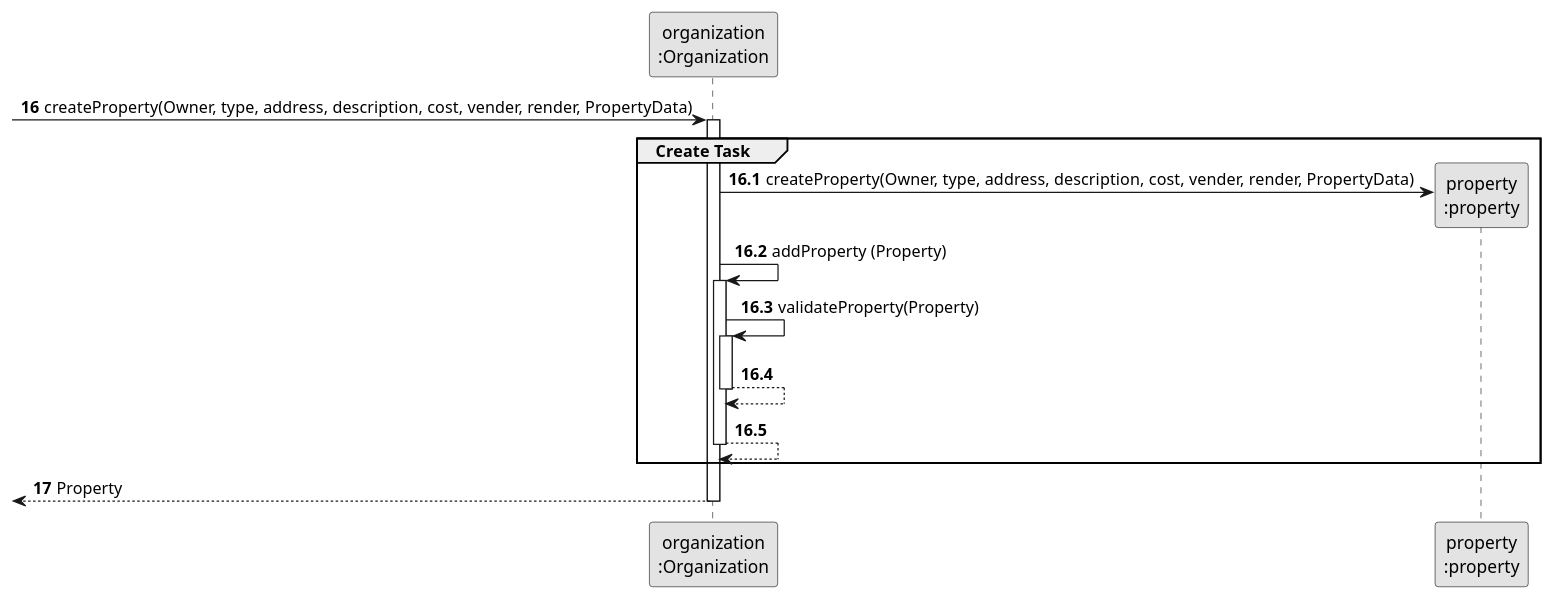
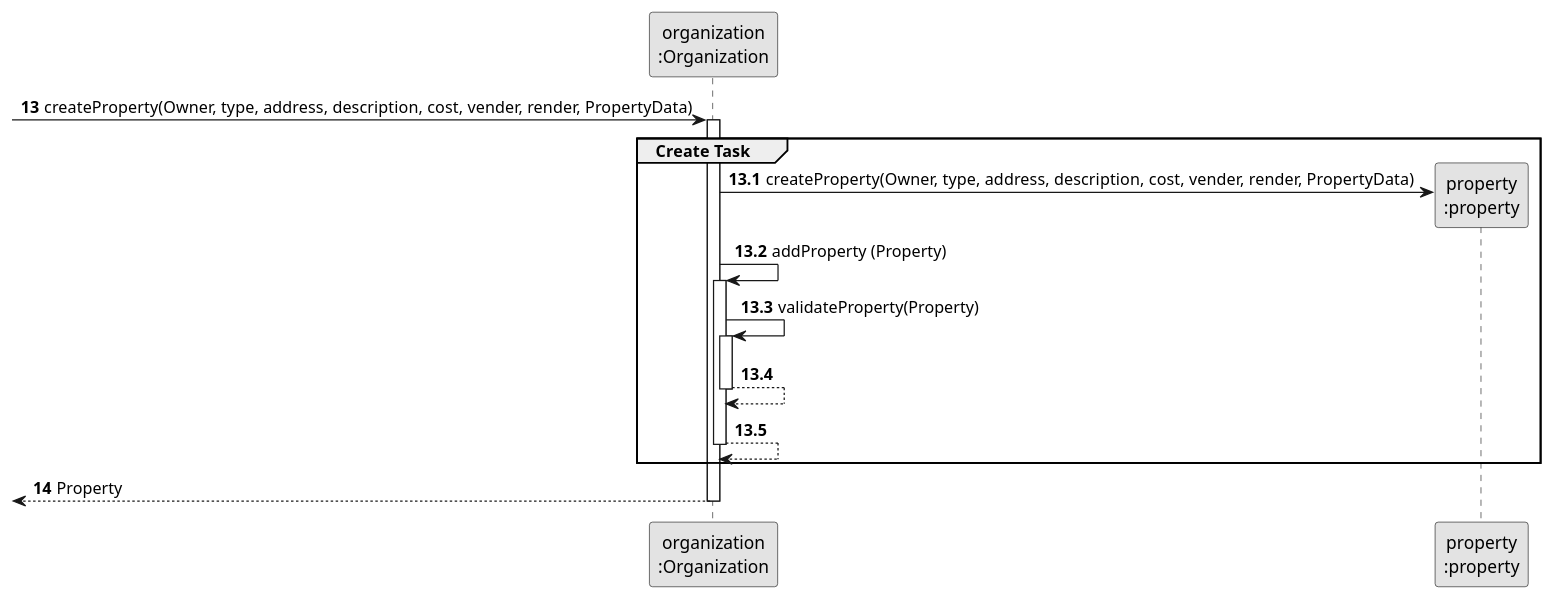
The diagram in lei-22-s2-1do-g68/docs/SprintB/us004/03.design/puml/us004-sequence-diagram-partial-create-property.puml (hugosilva2901/lei-22-s2-1DO-g68), drawn with PlantUML before and after one commit. The commit also changed 18 other files, not shown here.

```diff
--- a/lei-22-s2-1do-g68/docs/SprintB/us004/03.design/puml/us004-sequence-diagram-partial-create-property.puml
+++ b/lei-22-s2-1do-g68/docs/SprintB/us004/03.design/puml/us004-sequence-diagram-partial-create-property.puml
@@ -1,34 +1,34 @@
 @startuml
 skinparam monochrome true
 skinparam packageStyle rectangle
 skinparam shadowing false
 
 participant "organization\n:Organization" as ORG
 participant "property\n:property" as TAREFA
 
-autonumber 16
+autonumber 13
 -> ORG: createProperty(Owner, type, address, description, cost, vender, render, PropertyData)
 
-autonumber 16.1
+autonumber 13.1
 activate ORG
     group Create Task
 
         ORG -> TAREFA**: createProperty(Owner, type, address, description, cost, vender, render, PropertyData)
         ORG -> ORG: addProperty (Property)
 
         activate ORG
             ORG -> ORG: validateProperty(Property)
             activate ORG
                 ORG --> ORG
             deactivate ORG
 
             ORG --> ORG
         deactivate ORG
     end
 
-    autonumber 17
+    autonumber 14
     <-- ORG : Property
 deactivate ORG
 
 
 @enduml
```
